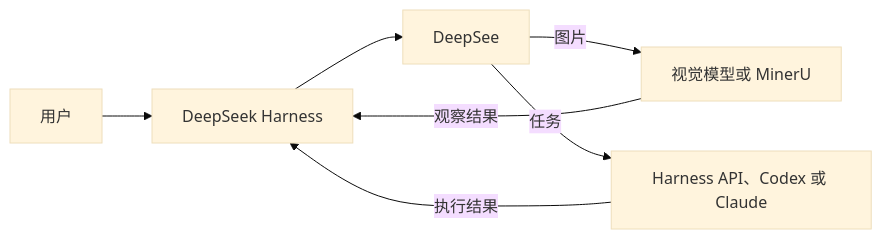
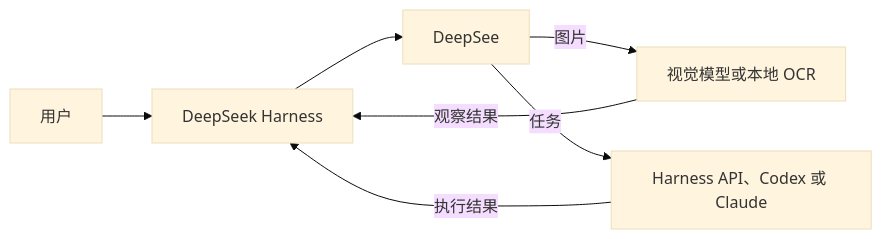
One commit to WUBING2023/deepsee changed the diagram in README.zh-CN.md. Above: the diagram before and after it, drawn with Mermaid (base theme). The commit also changed other lines of this file and 36 other files, not shown here.

````diff
--- a/README.zh-CN.md
+++ b/README.zh-CN.md
@@ -80,9 +80,9 @@
 ```mermaid
 flowchart LR
     U["用户"] --> H["DeepSeek Harness"]
     H --> D["DeepSee"]
-    D -->|"图片"| V["视觉模型或 MinerU"]
+    D -->|"图片"| V["视觉模型或本地 OCR"]
     D -->|"任务"| R["Harness API、Codex 或 Claude"]
     V -->|"观察结果"| H
     R -->|"执行结果"| H
 ```
````
